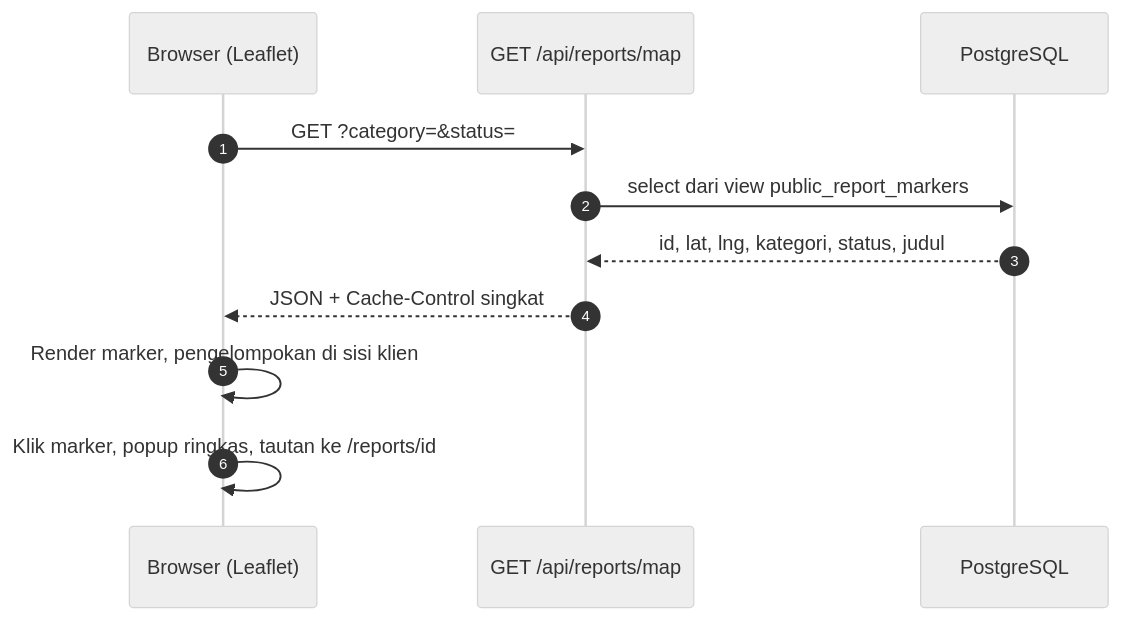
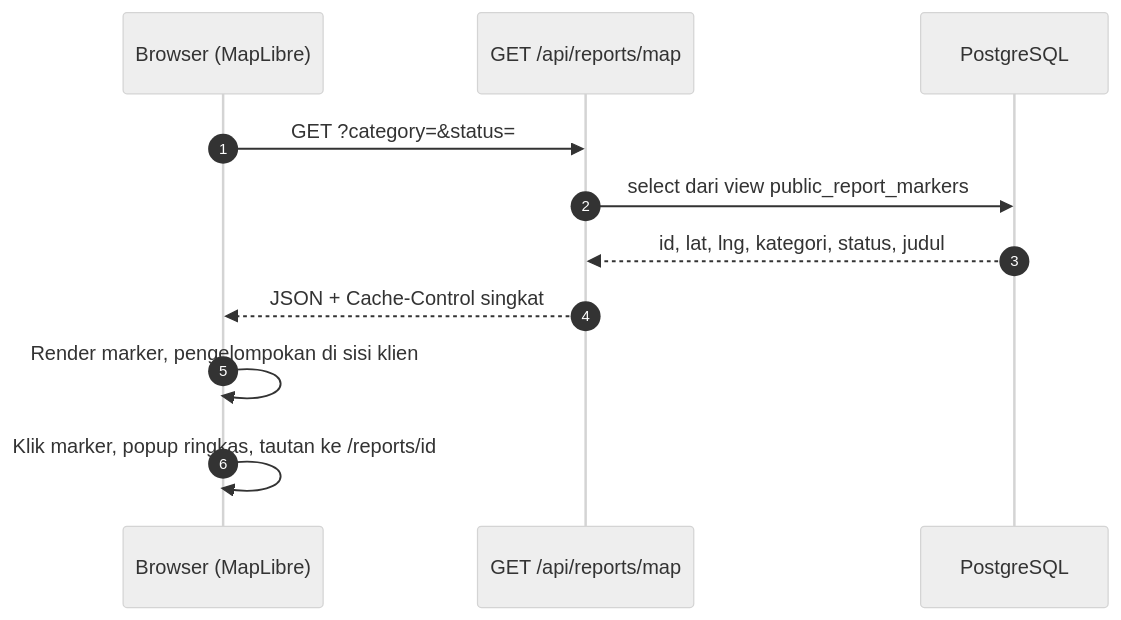
One commit to Ngab-Rio/Noto-PATI changed the fourth of 5 diagrams in ARCHITECTURE.md. Above: the diagram before and after it, drawn with Mermaid (neutral theme). The commit also changed other lines of this file and 10 other files, not shown here.

````diff
--- a/ARCHITECTURE.md
+++ b/ARCHITECTURE.md
@@ -374,14 +380,14 @@
 ```mermaid
 sequenceDiagram
   autonumber
-  participant B as Browser (Leaflet)
+  participant B as Browser (MapLibre)
   participant RH as GET /api/reports/map
   participant DB as PostgreSQL
 
   B->>RH: GET ?category=&status=
   RH->>DB: select dari view public_report_markers
   DB-->>RH: id, lat, lng, kategori, status, judul
   RH-->>B: JSON + Cache-Control singkat
   B->>B: Render marker, pengelompokan di sisi klien
   B->>B: Klik marker, popup ringkas, tautan ke /reports/id
 ```
````
